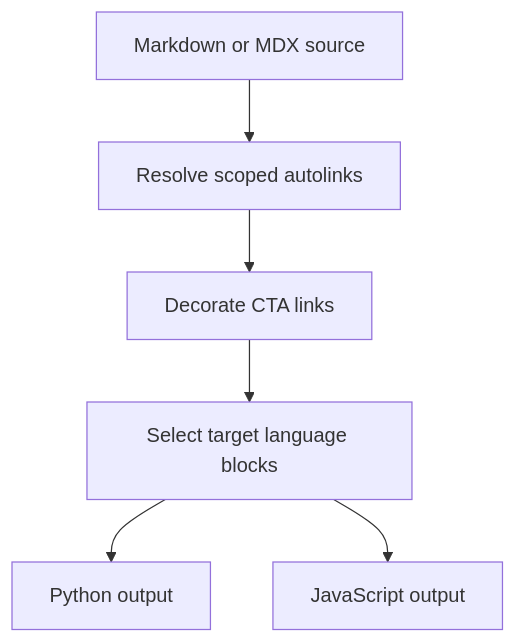
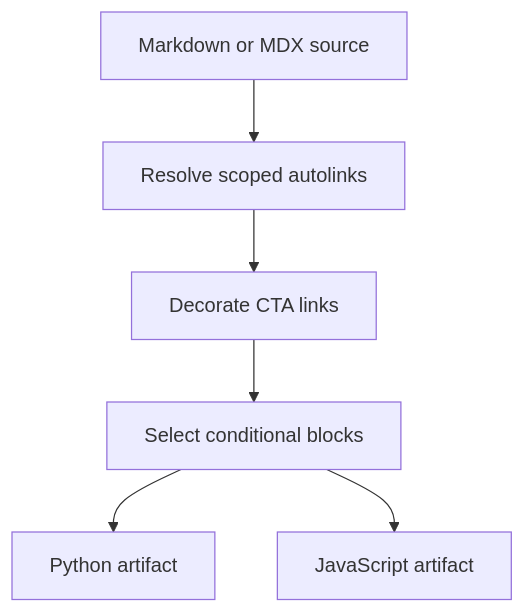
The diagram in openwiki/testing/conditional-rendering.md (rishi-raj-jain/docs-1), drawn with Mermaid before and after one commit. The commit also changed other lines of this file and 48 other files, not shown here.

````diff
--- a/openwiki/testing/conditional-rendering.md
+++ b/openwiki/testing/conditional-rendering.md
@@ -53,8 +57,8 @@
 ```mermaid
 flowchart TD
     Source["Markdown or MDX source"] --> Links["Resolve scoped autolinks"]
     Links --> Cta["Decorate CTA links"]
-    Cta --> Render["Select target language blocks"]
-    Render --> Python["Python output"]
-    Render --> JavaScript["JavaScript output"]
+    Cta --> Render["Select conditional blocks"]
+    Render --> Python["Python artifact"]
+    Render --> JavaScript["JavaScript artifact"]
 ```
````
